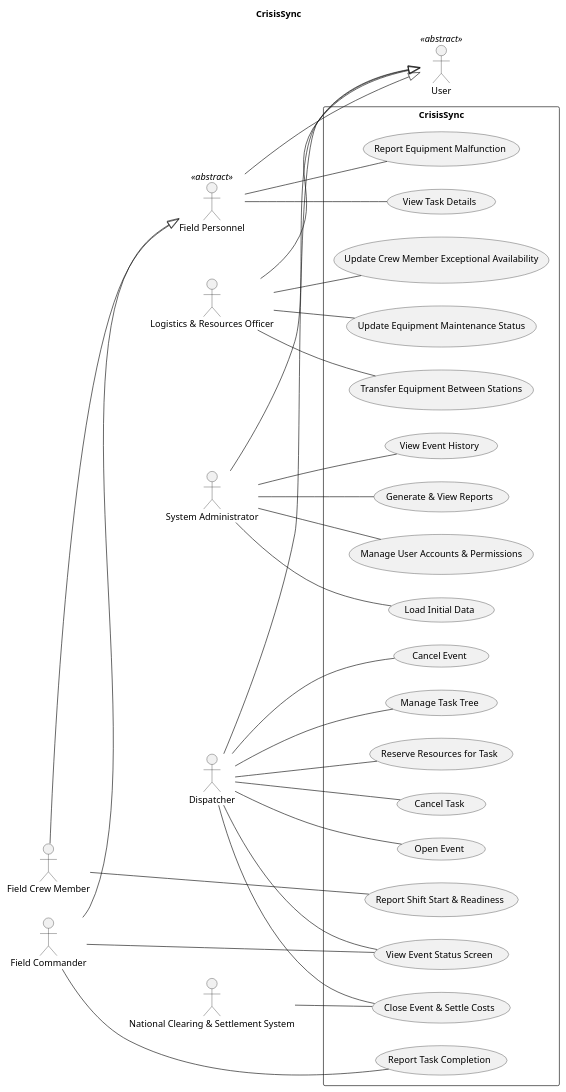
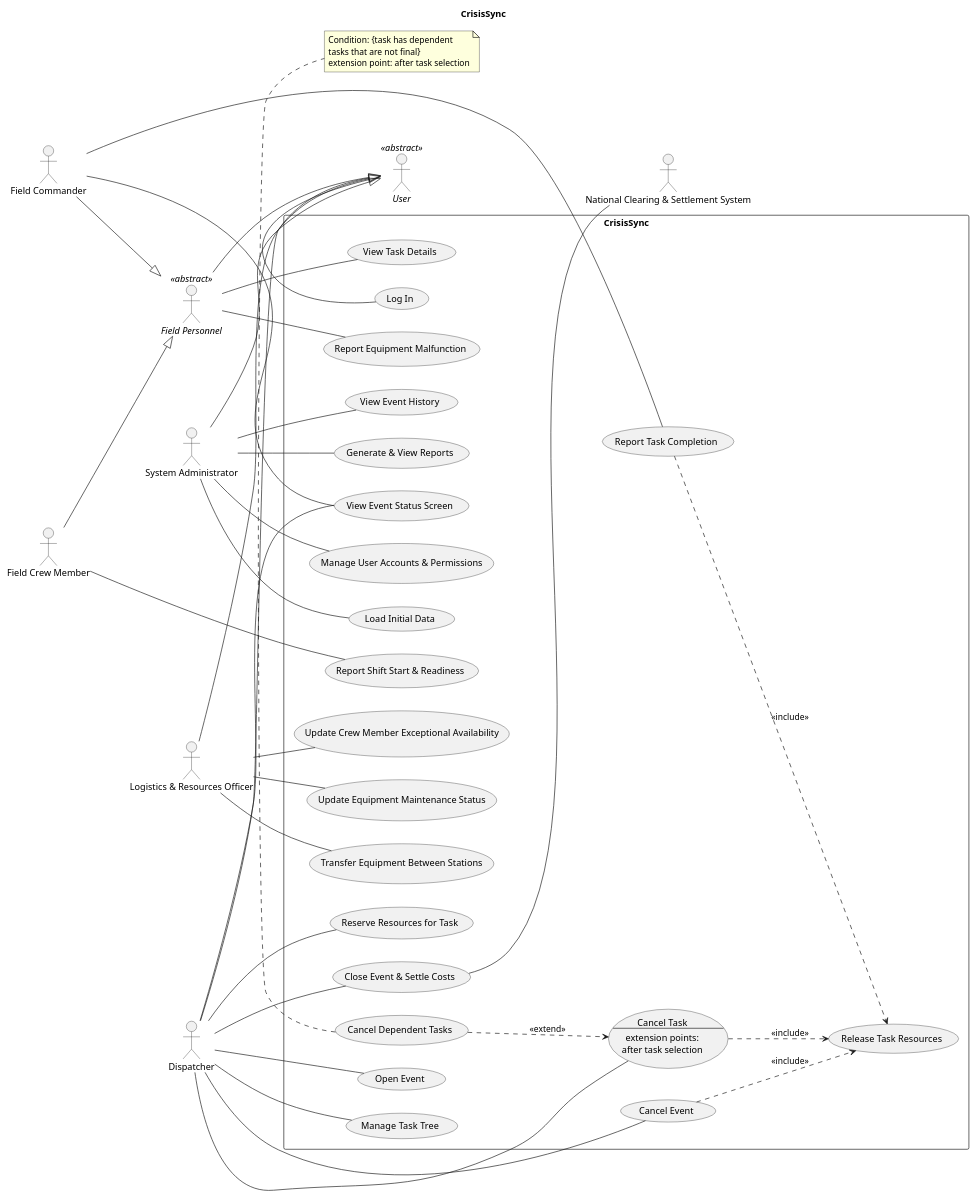
The diagram in useCase.puml (Zer0Hiro/CrysisSync), drawn with PlantUML before and after one commit.

Commit message:
Added two abstract actors and generalization. Added a new UC with include and exclude.

```diff
--- a/useCase.puml
+++ b/useCase.puml
@@ -1,73 +1,102 @@
 @startuml
-skinparam packageStyle rectangle
 'skinparam actorStyle awesome
 left to right direction
 title CrisisSync
 
-actor "User" as USER <<abstract>>
+' ===== Actors =====
+actor "//User//" as USER <<abstract>>
 actor "System Administrator" as SA
 actor "Logistics & Resources Officer" as LO
 actor "Dispatcher" as D
-actor "Field Personnel" as FP <<abstract>>
+actor "//Field Personnel//" as FP <<abstract>>
 actor "Field Commander" as FC
 actor "Field Crew Member" as FCM
 actor "National Clearing & Settlement System" as NCSS
 
+' ===== Actor generalization (child --|> parent) =====
 SA --|> USER
 LO --|> USER
 D --|> USER
 FP --|> USER
 FC --|> FP
 FCM --|> FP
 
+' ===== System boundary =====
 rectangle "CrisisSync" {
+  usecase "Log In" as Login
+
+  ' --- Administration ---
   usecase "Manage User Accounts & Permissions" as ManageUsers
   usecase "Load Initial Data" as LoadData
   usecase "View Event History" as EventHistory
   usecase "Generate & View Reports" as Reports
 
+  ' --- Resource Management ---
   usecase "Update Equipment Maintenance Status" as Maintenance
   usecase "Transfer Equipment Between Stations" as TransferEquipment
   usecase "Update Crew Member Exceptional Availability" as ExceptionalAvailability
 
+  ' --- Event & Task Management ---
   usecase "Open Event" as OpenEvent
   usecase "Cancel Event" as CancelEvent
   usecase "Manage Task Tree" as ManageTaskTree
   usecase "Reserve Resources for Task" as ReserveResources
-  usecase "Cancel Task" as CancelTask
+  usecase CancelTask as "Cancel Task
+--
+extension points:
+after task selection"
+  usecase "Cancel Dependent Tasks" as CancelDependents
+  usecase "Release Task Resources" as ReleaseResources
   usecase "View Event Status Screen" as EventStatus
   usecase "Close Event & Settle Costs" as CloseEvent
 
+  ' --- Field Operations ---
   usecase "Report Task Completion" as TaskCompletion
   usecase "View Task Details" as TaskDetails
   usecase "Report Equipment Malfunction" as EquipmentMalfunction
   usecase "Report Shift Start & Readiness" as ShiftReadiness
 }
+
+' ===== Associations: primary actors (left) =====
+USER -- Login
 
 SA -- ManageUsers
 SA -- LoadData
 SA -- EventHistory
 SA -- Reports
 
 LO -- Maintenance
 LO -- TransferEquipment
 LO -- ExceptionalAvailability
 
 D -- OpenEvent
 D -- CancelEvent
 D -- ManageTaskTree
 D -- ReserveResources
 D -- CancelTask
 D -- EventStatus
 D -- CloseEvent
 
 FC -- EventStatus
 FC -- TaskCompletion
 FP -- TaskDetails
 FP -- EquipmentMalfunction
 FCM -- ShiftReadiness
 
-NCSS -- CloseEvent
+' ===== Association: secondary actor (right) =====
+CloseEvent -- NCSS
 
+' ===== Include (base ..> included) =====
+CancelEvent ..> ReleaseResources : <<include>>
+CancelTask ..> ReleaseResources : <<include>>
+TaskCompletion ..> ReleaseResources : <<include>>
+
+' ===== Extend (extension ..> base) =====
+CancelDependents ..> CancelTask : <<extend>>
+note bottom of CancelDependents
+  Condition: {task has dependent
+  tasks that are not final}
+  extension point: after task selection
+end note
 
 @enduml
```
